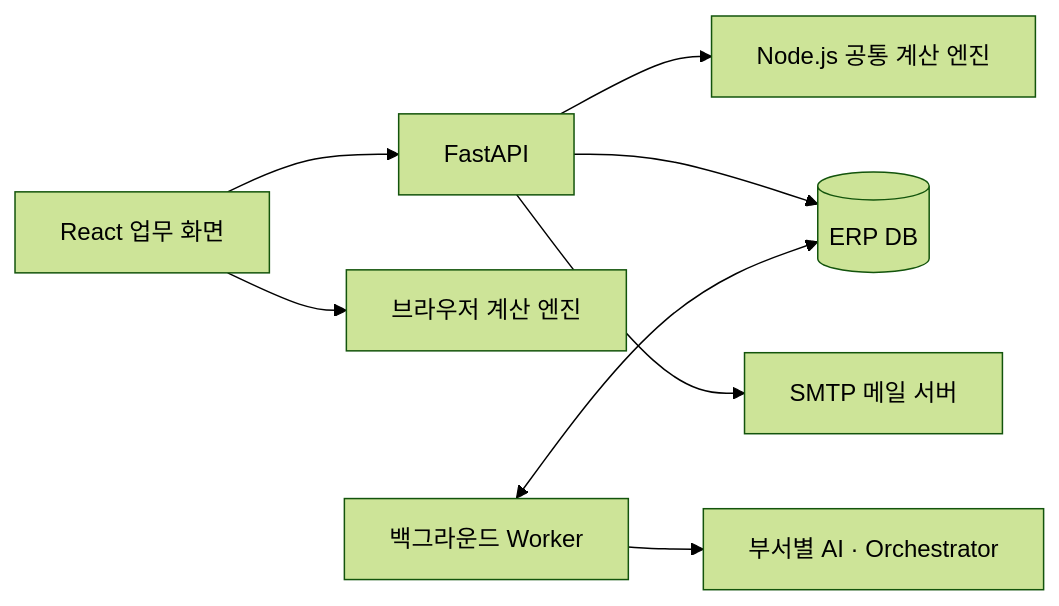
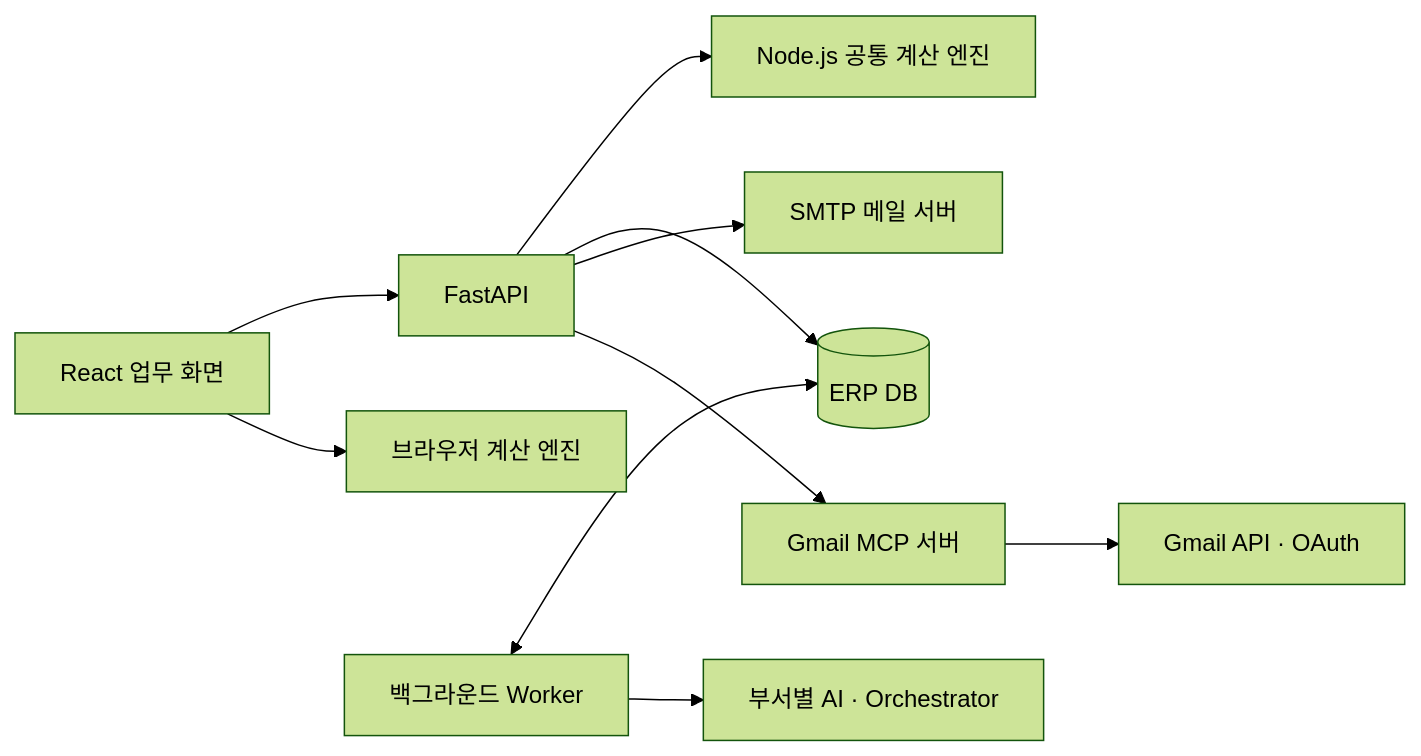
Before and after one commit to KyungMinseo1/Bio-Multi-Agent-AI-ERP: the diagram in README.md, drawn with Mermaid (forest theme). The commit also changed other lines of this file, not shown here.

Commit message:
docs: document CSV shortage rules and approved Gmail quotation workflow

````diff
--- a/README.md
+++ b/README.md
@@ -19,10 +19,12 @@
 ```mermaid
 flowchart LR
     UI[React 업무 화면] --> API[FastAPI]
     UI --> Local[브라우저 계산 엔진]
     API --> Engine[Node.js 공통 계산 엔진]
     API --> DB[(ERP DB)]
     Worker[백그라운드 Worker] <--> DB
     Worker --> LLM[부서별 AI · Orchestrator]
     API --> SMTP[SMTP 메일 서버]
+    API --> MCP[Gmail MCP 서버]
+    MCP --> Gmail[Gmail API · OAuth]
 ```
````
